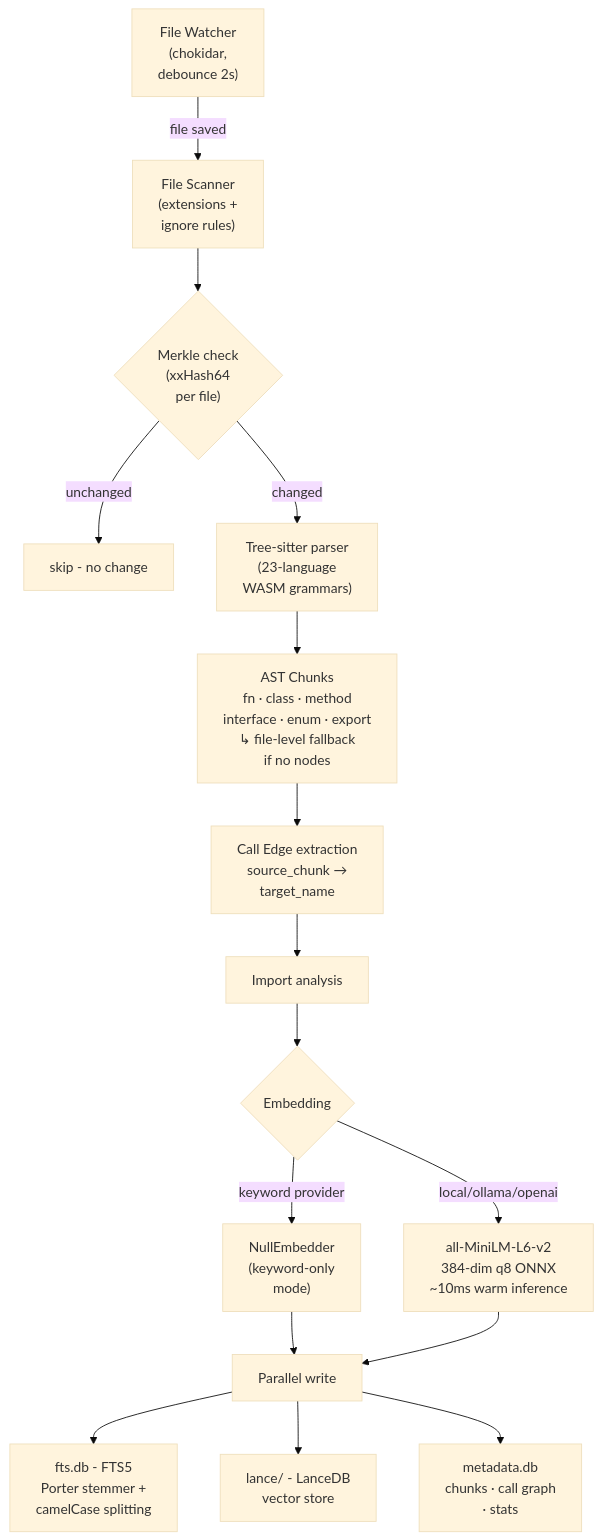
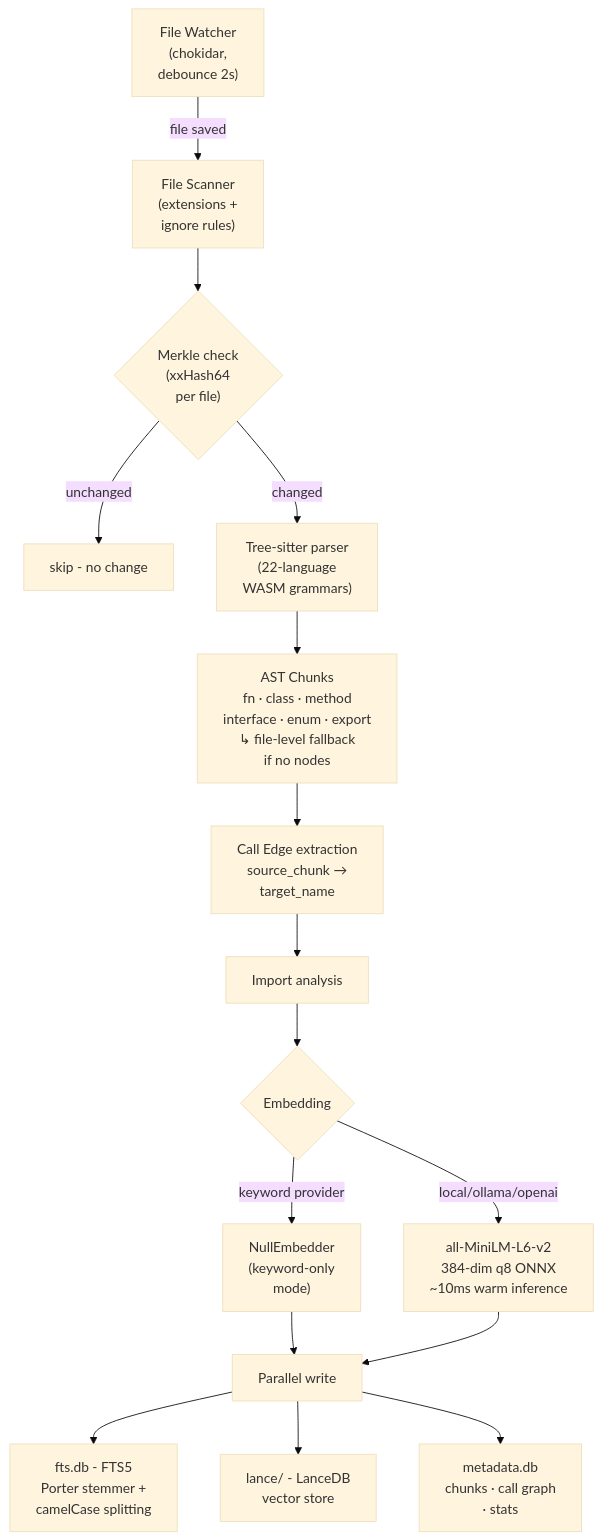
One commit to proofofwork-agency/reporecall changed the second of 5 diagrams in README.md. Above: the diagram before and after it, drawn with Mermaid (base theme). The commit also changed other lines of this file, not shown here.

````diff
--- a/README.md
+++ b/README.md
@@ -256,28 +256,28 @@
 ```mermaid
 flowchart TD
     FS["File Scanner<br/>(extensions +<br/>ignore rules)"]
     MC{"Merkle check<br/>(xxHash64<br/>per file)"}
     Skip["skip - no change"]
-    TS["Tree-sitter parser<br/>(23-language<br/>WASM grammars)"]
+    TS["Tree-sitter parser<br/>(22-language<br/>WASM grammars)"]
     Chunks["AST Chunks<br/>fn · class · method<br/>interface · enum · export<br/>↳ file-level fallback<br/>if no nodes"]
     CE["Call Edge extraction<br/>source_chunk →<br/>target_name"]
     IA["Import analysis"]
     Embed{"Embedding"}
     NullEmbed["NullEmbedder<br/>(keyword-only<br/>mode)"]
     ONNX["all-MiniLM-L6-v2<br/>384-dim q8 ONNX<br/>~10ms warm inference"]
     Write["Parallel write"]
     FTS5["fts.db - FTS5<br/>Porter stemmer +<br/>camelCase splitting"]
     LanceDB["lance/ - LanceDB<br/>vector store"]
     MetaDB["metadata.db<br/>chunks · call graph<br/>· stats"]
     Watch["File Watcher<br/>(chokidar,<br/>debounce 2s)"]
 
     FS --> MC
     MC -->|"unchanged"| Skip
     MC -->|"changed"| TS
     TS --> Chunks --> CE --> IA --> Embed
     Embed -->|"keyword provider"| NullEmbed
     Embed -->|"local/ollama/openai"| ONNX
     NullEmbed & ONNX --> Write
     Write --> FTS5 & LanceDB & MetaDB
     Watch -->|"file saved"| FS
 ```
````
